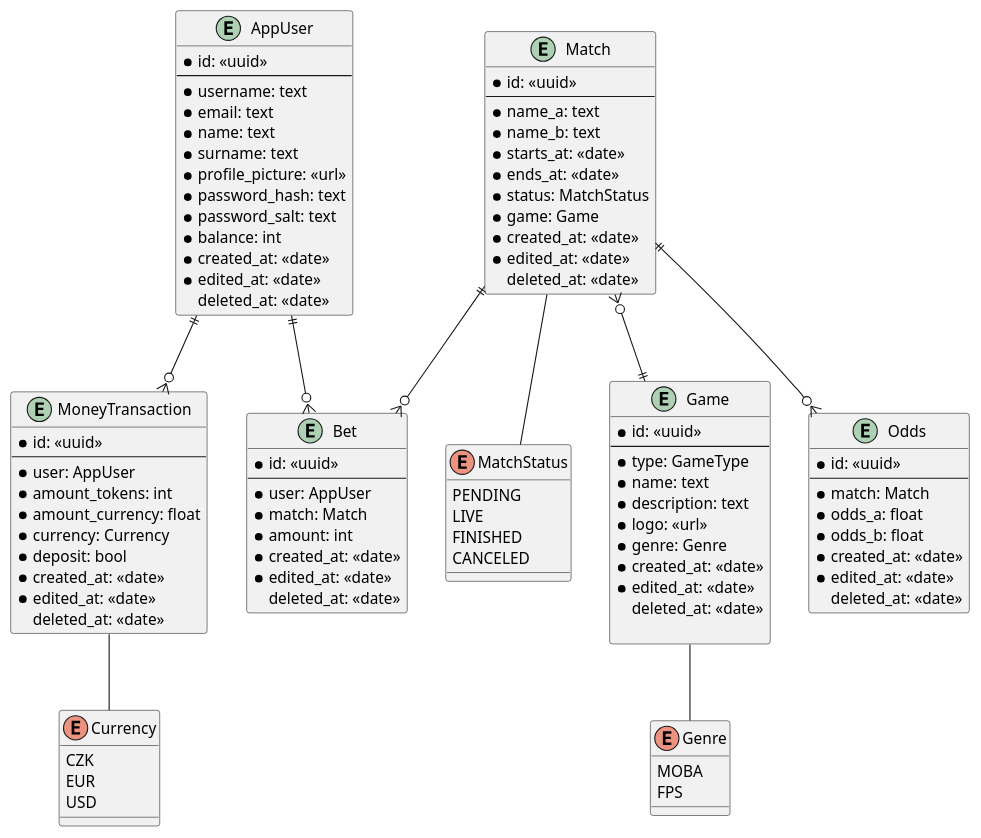
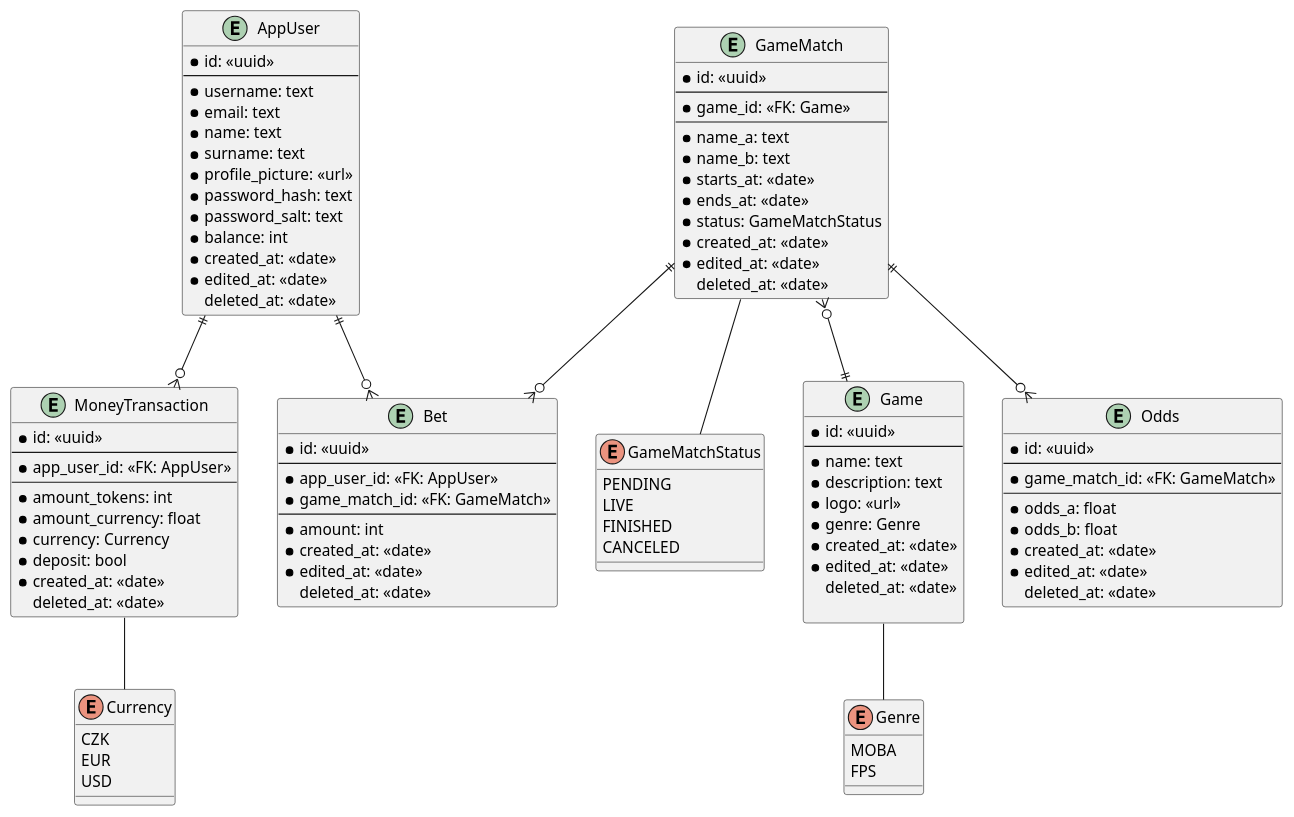
One commit to Average-Rust-Enjoyers/Starbet-Live changed the diagram in docs/starbet.puml. Above: the diagram before and after it, drawn with PlantUML.

Commit message:
docs: update starbet.puml with foreign keys and replace reserved words

```diff
--- a/docs/starbet.puml
+++ b/docs/starbet.puml
@@ -1,109 +1,113 @@
 @startuml starbet-live
 
 entity AppUser {
     * id: <<uuid>>
     ---
     * username: text
     * email: text
     * name: text
     * surname: text
     * profile_picture: <<url>>
     * password_hash: text
     * password_salt: text
     * balance: int
     * created_at: <<date>>
     * edited_at: <<date>>
     deleted_at: <<date>>
 }
 
-entity Match {
+entity GameMatch {
     * id: <<uuid>>
+    ---
+    * game_id: <<FK: Game>>
     ---
     * name_a: text
     * name_b: text
     * starts_at: <<date>>
     * ends_at: <<date>>
-    * status: MatchStatus
-    * game: Game
+    * status: GameMatchStatus
     * created_at: <<date>>
     * edited_at: <<date>>
     deleted_at: <<date>>
 }
 
-enum MatchStatus {
+enum GameMatchStatus {
     PENDING
     LIVE
     FINISHED
     CANCELED
 }
 
 entity Game {
     * id: <<uuid>>
     ---
-    * type: GameType
+    ' not yet defined
+    ' * type: GameType
     * name: text
     * description: text
     * logo: <<url>>
     * genre: Genre
     * created_at: <<date>>
     * edited_at: <<date>>
     deleted_at: <<date>>
 
 }
 
 entity Bet {
     * id: <<uuid>>
     ---
-    * user: AppUser
-    * match: Match
+    * app_user_id: <<FK: AppUser>>
+    * game_match_id: <<FK: GameMatch>>
+    ---
     * amount: int
     * created_at: <<date>>
     * edited_at: <<date>>
     deleted_at: <<date>>
 }
 
 entity Odds {
     * id: <<uuid>>
     ---
-    * match: Match
+    * game_match_id: <<FK: GameMatch>>
+    ---
     * odds_a: float
     * odds_b: float
     * created_at: <<date>>
     * edited_at: <<date>>
     deleted_at: <<date>>
 }
 
 entity MoneyTransaction {
     * id: <<uuid>>
     ---
-    * user: AppUser
+    * app_user_id: <<FK: AppUser>>
+    ---
     * amount_tokens: int
     * amount_currency: float
     * currency: Currency
     * deposit: bool
     * created_at: <<date>>
-    * edited_at: <<date>>
     deleted_at: <<date>>
 }
 
 enum Currency {
     CZK
     EUR
     USD
 }
 
 enum Genre {
     MOBA
     FPS
 }
 
-Match }o--|| Game
-Match ||--o{ Bet
-Match ||--o{ Odds
+GameMatch }o--|| Game
+GameMatch ||--o{ Bet
+GameMatch ||--o{ Odds
 AppUser ||--o{ Bet
 AppUser ||--o{ MoneyTransaction
-Match -- MatchStatus
+GameMatch -- GameMatchStatus
 Game -- Genre
 MoneyTransaction -- Currency
 
 @enduml
```
